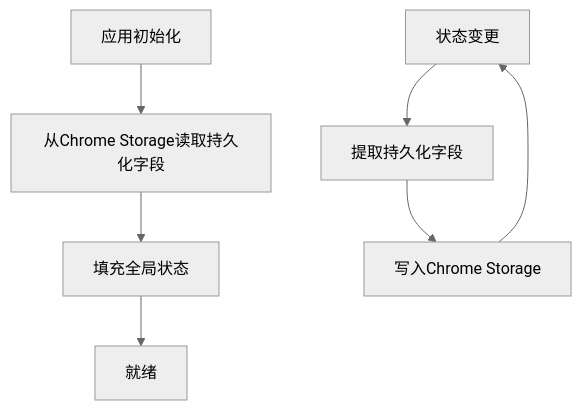
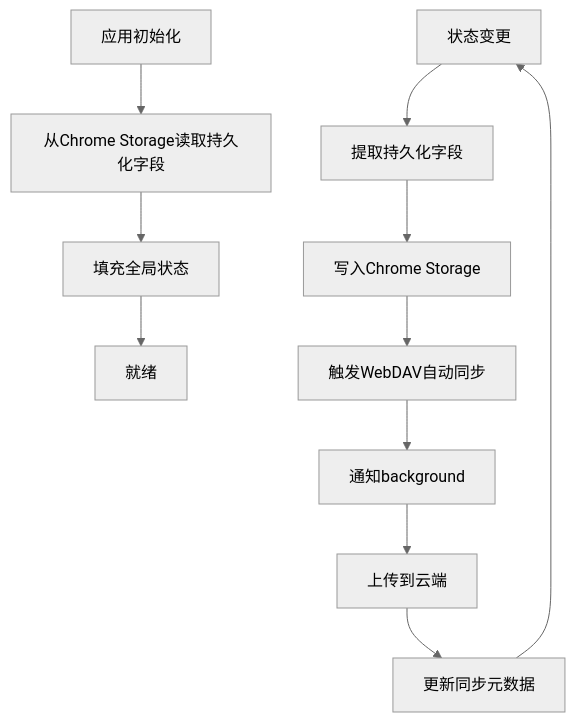
One commit to RadiumAg/bilibili-favorites changed the ninth of 10 diagrams in .qoder/repowiki/zh/content/核心功能模块/配置管理系统.md. Above: the diagram before and after it, drawn with Mermaid (neutral theme). The commit also changed other lines of this file and 10 other files, not shown here.

````diff
--- a/.qoder/repowiki/zh/content/核心功能模块/配置管理系统.md
+++ b/.qoder/repowiki/zh/content/核心功能模块/配置管理系统.md
@@ -341,9 +463,13 @@
 ```mermaid
 flowchart TD
 Init["应用初始化"] --> Hydrate["从Chrome Storage读取持久化字段"]
 Hydrate --> SetState["填充全局状态"]
 SetState --> Ready["就绪"]
 Change["状态变更"] --> Persist["提取持久化字段"]
 Persist --> Save["写入Chrome Storage"]
-Save --> Change
+Save --> TriggerSync["触发WebDAV自动同步"]
+TriggerSync --> Background["通知background"]
+Background --> Upload["上传到云端"]
+Upload --> UpdateMeta["更新同步元数据"]
+UpdateMeta --> Change
 ```
````
